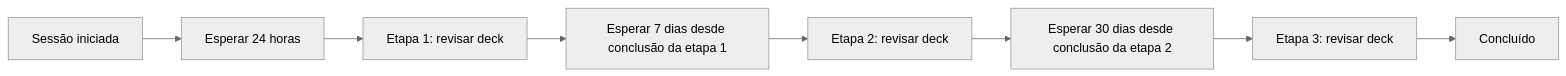
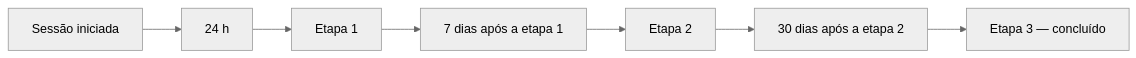
One commit to Lucas-Sperotto/fluencircle-website changed the seventh of 14 diagrams in docs/diagramas/DIAGRAMAS.md. Above: the diagram before and after it, drawn with Mermaid (neutral theme). The commit also changed other lines of this file and 3 other files, not shown here.

First line of the commit message:
docs(engenharia): add access matrix, refresh AS-IS/TO-BE diagrams and requirement traceability

````diff
--- a/docs/diagramas/DIAGRAMAS.md
+++ b/docs/diagramas/DIAGRAMAS.md
@@ -164,10 +199,9 @@
 ```mermaid
 flowchart LR
-    S["Sessão iniciada"] --> W1["Esperar 24 horas"]
-    W1 --> R1["Etapa 1: revisar deck"]
-    R1 --> W7["Esperar 7 dias desde conclusão da etapa 1"]
-    W7 --> R2["Etapa 2: revisar deck"]
-    R2 --> W30["Esperar 30 dias desde conclusão da etapa 2"]
-    W30 --> R3["Etapa 3: revisar deck"]
-    R3 --> DONE["Concluído"]
+    S["Sessão iniciada"] --> W1["24 h"]
+    W1 --> R1["Etapa 1"]
+    R1 --> W7["7 dias após a etapa 1"]
+    W7 --> R2["Etapa 2"]
+    R2 --> W30["30 dias após a etapa 2"]
+    W30 --> R3["Etapa 3 — concluído"]
 ```
````
